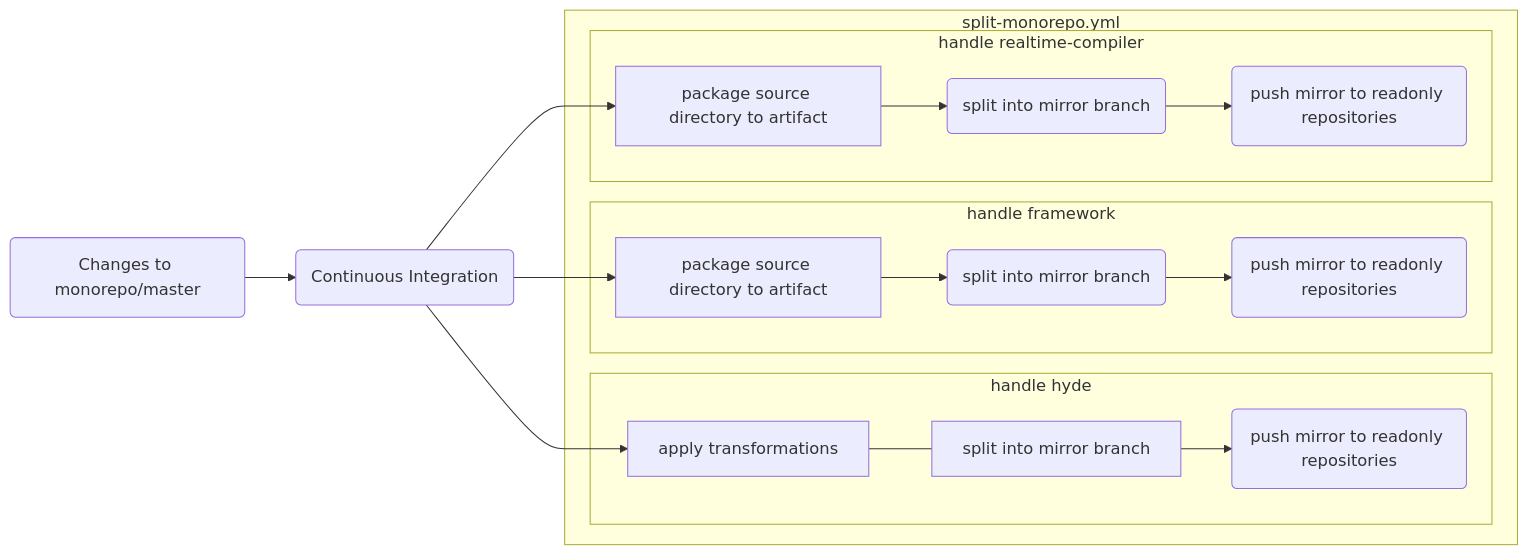
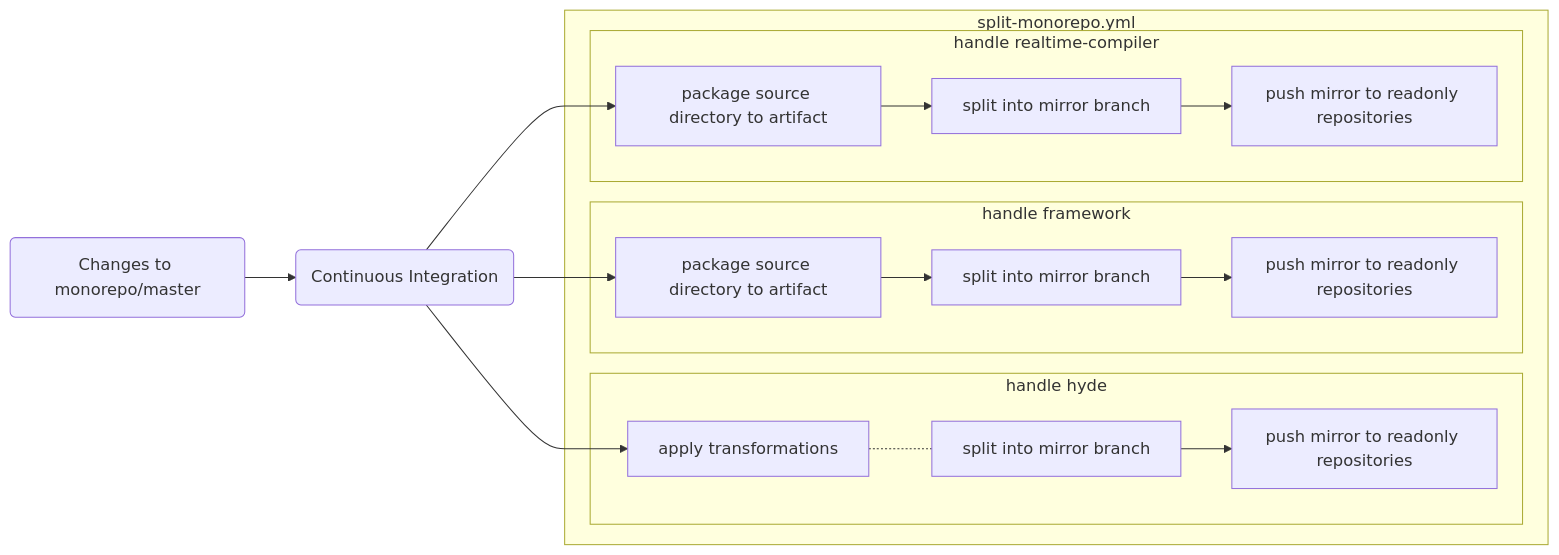
Before and after one commit to hydephp/develop: the diagram in docs/internal/monorepo.md, drawn with Mermaid.

Commit message:
Change graph node and line styles

````diff
--- a/docs/internal/monorepo.md
+++ b/docs/internal/monorepo.md
@@ -3,20 +3,20 @@
 ```mermaid
 flowchart LR
     p(Changes to monorepo/master) --> ci(Continuous Integration)
    
     ci --> phd
     ci --> pfr
     ci --> prc
    
     subgraph sm[split-monorepo.yml]
         subgraph hhd[handle hyde]
-             phd[apply transformations] --- shd[split into mirror branch] --> dhd(push mirror to readonly repositories)
+             phd[apply transformations] -.- shd[split into mirror branch] --> dhd[push mirror to readonly repositories]
         end 
         subgraph hfr[handle framework]
-            pfr[package source directory to artifact] --> sfr(split into mirror branch) --> dfr(push mirror to readonly repositories)
+            pfr[package source directory to artifact] --> sfr[split into mirror branch] --> dfr[push mirror to readonly repositories]
         end
         subgraph hrc[handle realtime-compiler]
-            prc[package source directory to artifact] --> src(split into mirror branch) --> drc(push mirror to readonly repositories)
+            prc[package source directory to artifact] --> src[split into mirror branch] --> drc[push mirror to readonly repositories]
         end
     end
 ```
````
